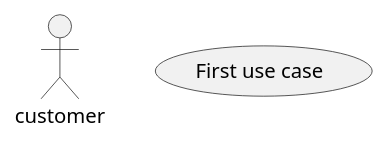
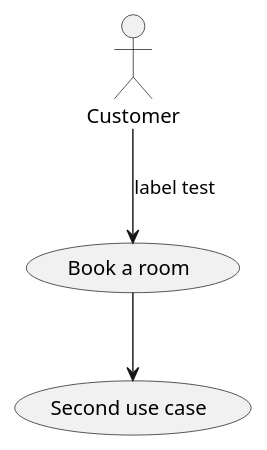
One commit to notkaramel/ECSE321-Mar1HotelSystem changed the diagram in UML/CustomerUC.plantuml. Above: the diagram before and after it, drawn with PlantUML.

Commit message:
added a label

```diff
--- a/UML/CustomerUC.plantuml
+++ b/UML/CustomerUC.plantuml
@@ -1,7 +1,16 @@
 @startuml CustomerUC
 
-:customer: as actor
+'Actor
+:Customer: as actor
 
-(First use case)
+'Use cases
+(Book a room) as UC1
+(Second use case) as UC2
+
+'Associations
+actor --> UC1: label test
+UC1 --> UC2
+
+
 
 @enduml
```
